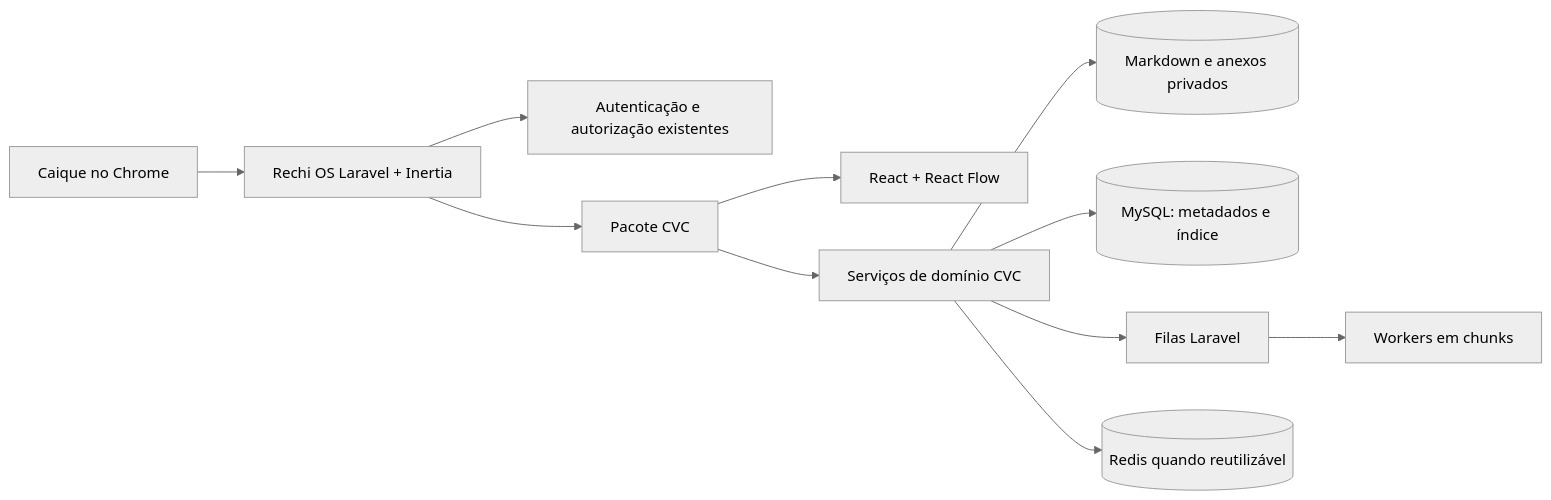
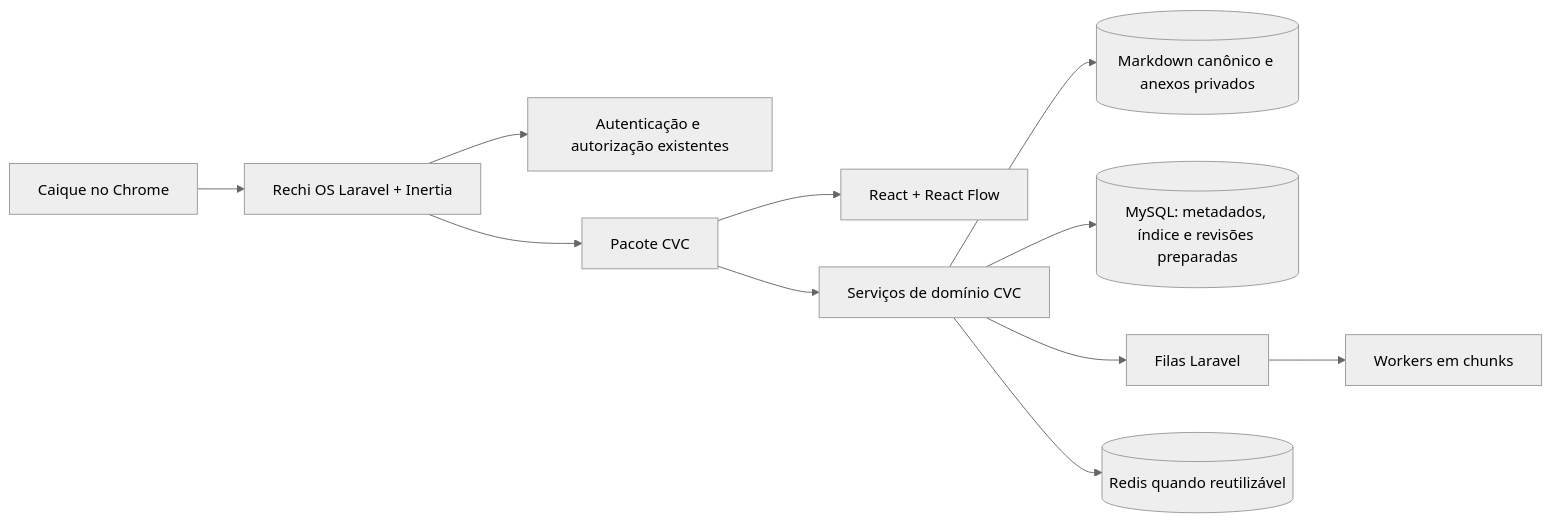
One commit to CaiqueRechi/Codex-Noctarium changed the third of 6 diagrams in docs/requirements/crow-vault-canvas.md. Above: the diagram before and after it, drawn with Mermaid (neutral theme). The commit also changed other lines of this file and 6 other files, not shown here.

````diff
--- a/docs/requirements/crow-vault-canvas.md
+++ b/docs/requirements/crow-vault-canvas.md
@@ -430,13 +435,13 @@
 ```mermaid
 flowchart LR
     Usuario[Caique no Chrome] --> Host[Rechi OS Laravel + Inertia]
     Host --> Auth[Autenticação e autorização existentes]
     Host --> Pacote[Pacote CVC]
     Pacote --> UI[React + React Flow]
     Pacote --> Dominio[Serviços de domínio CVC]
-    Dominio --> Vault[(Markdown e anexos privados)]
-    Dominio --> Meta[(MySQL: metadados e índice)]
+    Dominio --> Vault[(Markdown canônico e anexos privados)]
+    Dominio --> Meta[(MySQL: metadados, índice e revisões preparadas)]
     Dominio --> Fila[Filas Laravel]
     Fila --> Worker[Workers em chunks]
     Dominio --> Cache[(Redis quando reutilizável)]
 ```
````
